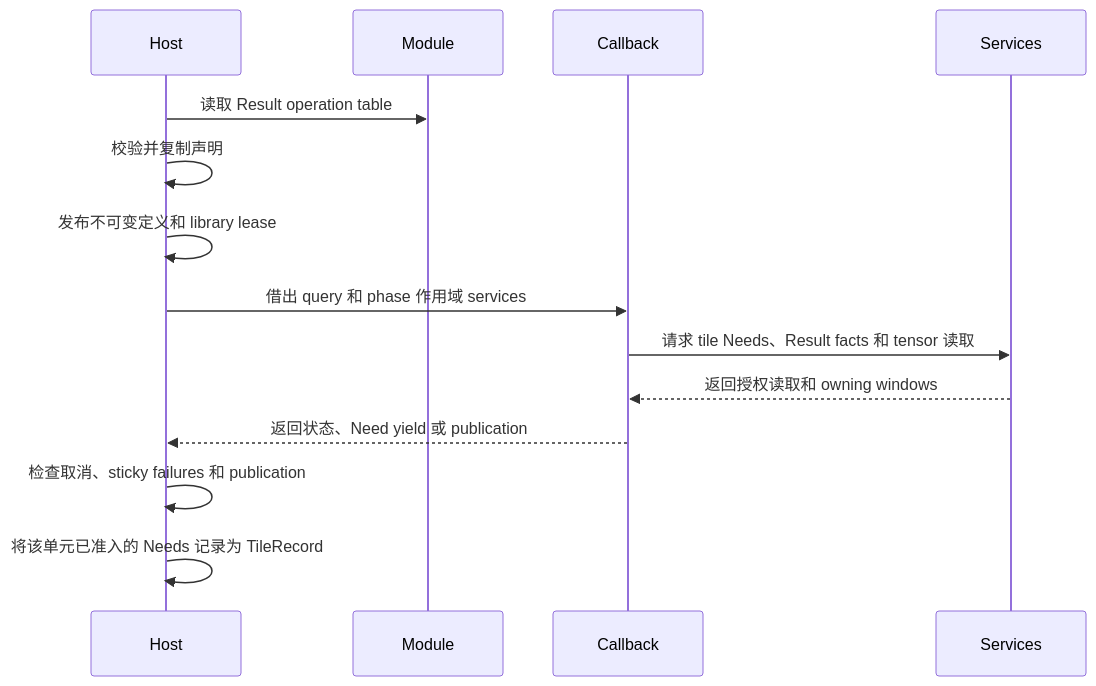
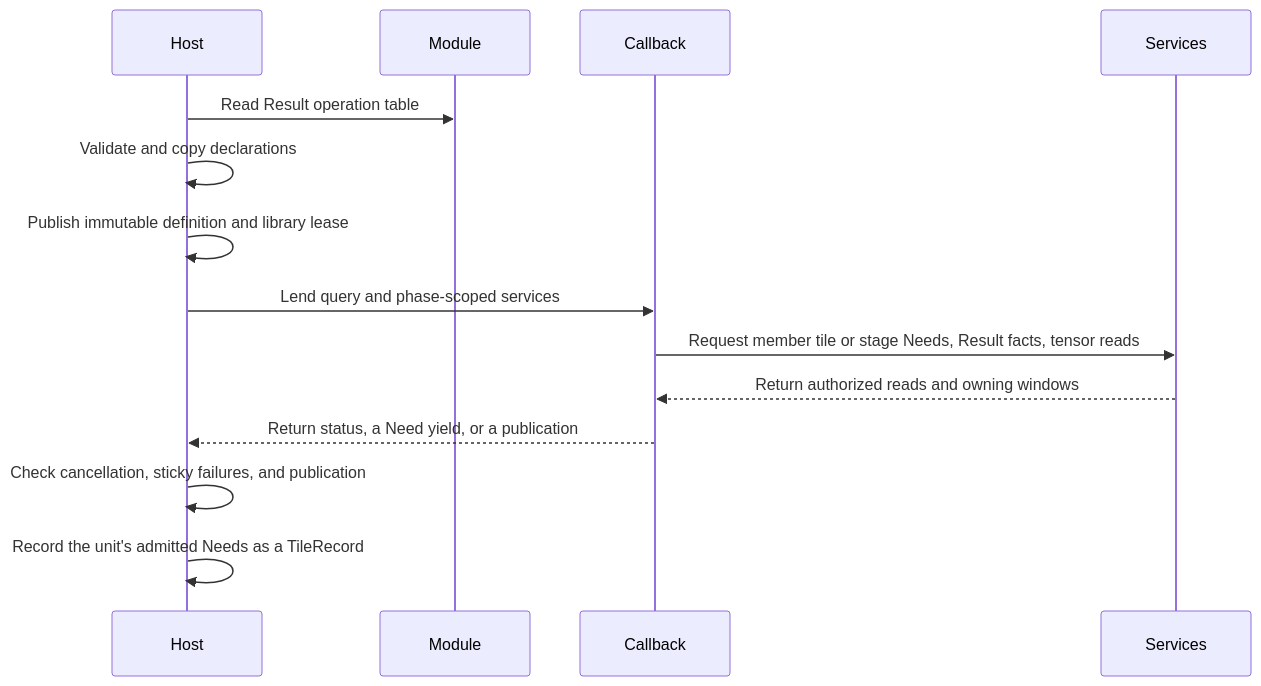
Before and after one commit to kevin-zf1123/photospider: the diagram in docs/kernel-architecture/zh/Plugin-ABI.zh.md, drawn with Mermaid. The commit also changed other lines of this file and 600 other files, not shown here.

````diff
--- a/docs/kernel-architecture/zh/Plugin-ABI.zh.md
+++ b/docs/kernel-architecture/zh/Plugin-ABI.zh.md
@@ -9,16 +9,16 @@
 ```mermaid
 sequenceDiagram
     participant Host
     participant Module
     participant Callback
     participant Services
-    Host->>Module: 读取 Result operation table
-    Host->>Host: 校验并复制声明
-    Host->>Host: 发布不可变定义和 library lease
-    Host->>Callback: 借出 query 和 phase 作用域 services
-    Callback->>Services: 请求 tile Needs、Result facts 和 tensor 读取
-    Services-->>Callback: 返回授权读取和 owning windows
-    Callback-->>Host: 返回状态、Need yield 或 publication
-    Host->>Host: 检查取消、sticky failures 和 publication
-    Host->>Host: 将该单元已准入的 Needs 记录为 TileRecord
+    Host->>Module: Read Result operation table
+    Host->>Host: Validate and copy declarations
+    Host->>Host: Publish immutable definition and library lease
+    Host->>Callback: Lend query and phase-scoped services
+    Callback->>Services: Request member tile or stage Needs, Result facts, tensor reads
+    Services-->>Callback: Return authorized reads and owning windows
+    Callback-->>Host: Return status, a Need yield, or a publication
+    Host->>Host: Check cancellation, sticky failures, and publication
+    Host->>Host: Record the unit's admitted Needs as a TileRecord
 ```
````
